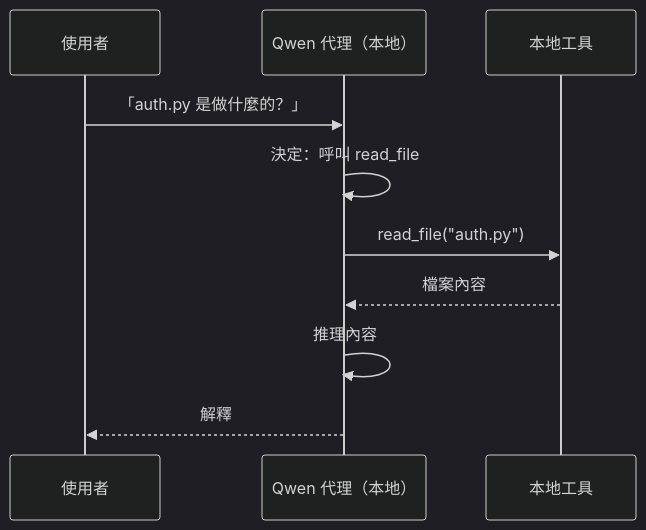
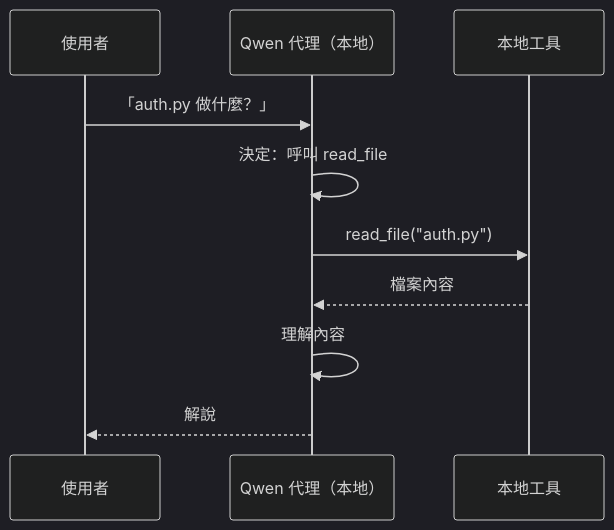
The second of 4 diagrams in translations/zh-MO/17-creating-local-ai-agents/README.md (microsoft/ai-agents-for-beginners), drawn with Mermaid (dark theme) before and after one commit. The commit also changed other lines of this file and 44 other files, not shown here.

````diff
--- a/translations/zh-MO/17-creating-local-ai-agents/README.md
+++ b/translations/zh-MO/17-creating-local-ai-agents/README.md
@@ -106,12 +106,12 @@
 ```mermaid
 sequenceDiagram
     participant U as 使用者
     participant A as Qwen 代理（本地）
     participant T as 本地工具
-    U->>A: 「auth.py 是做什麼的？」
+    U->>A: 「auth.py 做什麼？」
     A->>A: 決定：呼叫 read_file
     A->>T: read_file("auth.py")
     T-->>A: 檔案內容
-    A->>A: 推理內容
-    A-->>U: 解釋
+    A->>A: 理解內容
+    A-->>U: 解說
 ```
````
